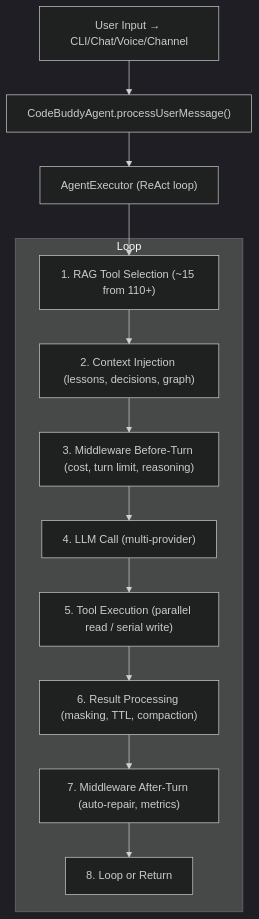
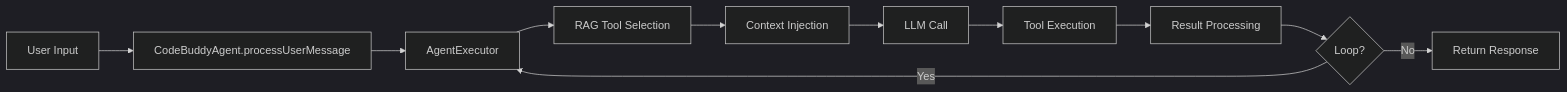
Before and after one commit to Zeeeepa/code-buddy: the third of 3 diagrams in .codebuddy/docs/2-architecture.md, drawn with Mermaid (dark theme). The commit also changed other lines of this file and 29 other files, not shown here.

````diff
--- a/.codebuddy/docs/2-architecture.md
+++ b/.codebuddy/docs/2-architecture.md
@@ -155,22 +152,13 @@
 ```mermaid
-graph TD
-  Input["User Input → CLI/Chat/Voice/Channel"]
-  Process["CodeBuddyAgent.processUserMessage()"]
-  Executor["AgentExecutor (ReAct loop)"]
-  
-  Input --> Process
-  Process --> Executor
-  
-  subgraph Loop
-    1["1. RAG Tool Selection (~15 from 110+)"]
-    2["2. Context Injection (lessons, decisions, graph)"]
-    3["3. Middleware Before-Turn (cost, turn limit, reasoning)"]
-    4["4. LLM Call (multi-provider)"]
-    5["5. Tool Execution (parallel read / serial write)"]
-    6["6. Result Processing (masking, TTL, compaction)"]
-    7["7. Middleware After-Turn (auto-repair, metrics)"]
-    8["8. Loop or Return"]
-  end
-  
-  Executor --> 1 --> 2 --> 3 --> 4 --> 5 --> 6 --> 7 --> 8
+graph LR
+    Input[User Input] --> Process[CodeBuddyAgent.processUserMessage]
+    Process --> Executor[AgentExecutor]
+    Executor --> RAG[RAG Tool Selection]
+    RAG --> Context[Context Injection]
+    Context --> LLM[LLM Call]
+    LLM --> Tool[Tool Execution]
+    Tool --> Result[Result Processing]
+    Result --> Loop{Loop?}
+    Loop -- Yes --> Executor
+    Loop -- No --> Return[Return Response]
 ```
````
